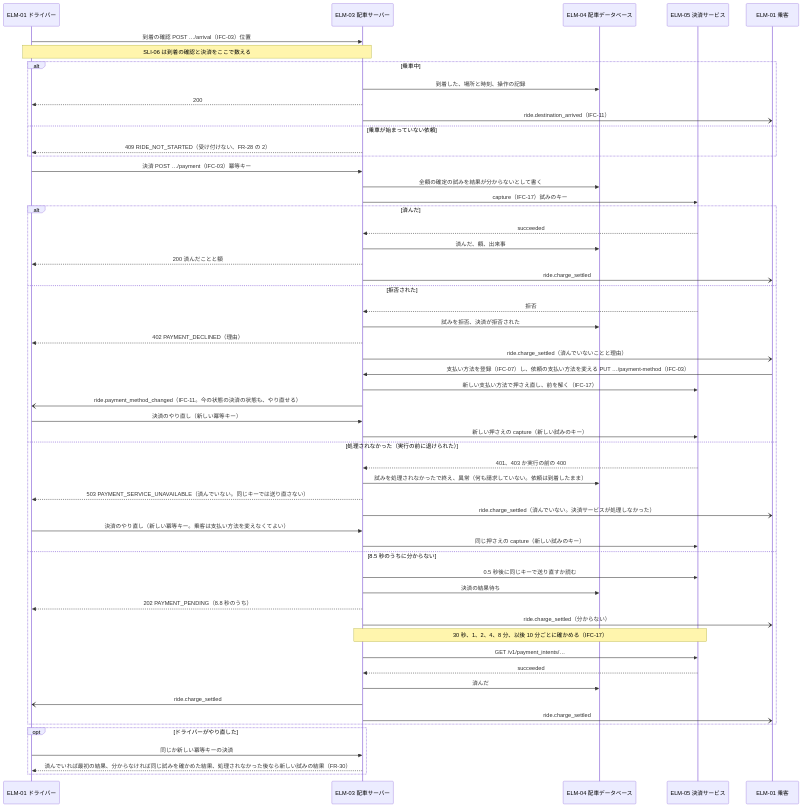
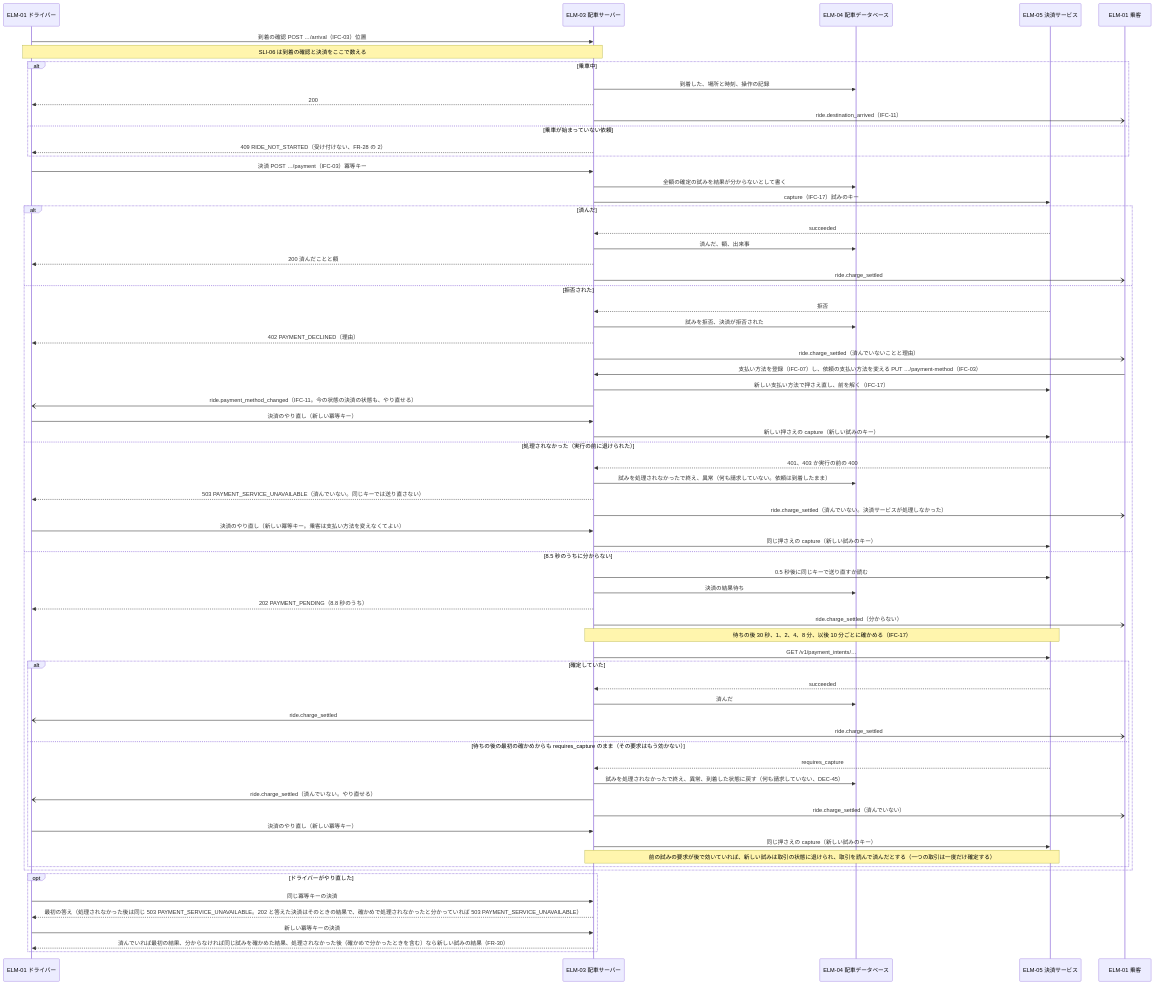
Diagram 12 of 57 in docs/design/3-high-level-design.md (Taro000/ride-hailing-app-demo), drawn with Mermaid before and after one commit. The commit also changed other lines of this file and 23 other files, not shown here.

````diff
--- a/docs/design/3-high-level-design.md
+++ b/docs/design/3-high-level-design.md
@@ -563,58 +573,70 @@
 ```mermaid
 sequenceDiagram
   participant D as ELM-01 ドライバー
   participant S as ELM-03 配車サーバー
   participant DB as ELM-04 配車データベース
   participant PAY as ELM-05 決済サービス
   participant P as ELM-01 乗客
   D->>S: 到着の確認 POST …/arrival（IFC-03）位置
   Note over D,S: SLI-06 は到着の確認と決済をここで数える
   alt 乗車中
     S->>DB: 到着した、場所と時刻、操作の記録
     S-->>D: 200
     S-)P: ride.destination_arrived（IFC-11）
   else 乗車が始まっていない依頼
     S-->>D: 409 RIDE_NOT_STARTED（受け付けない、FR-28 の 2）
   end
   D->>S: 決済 POST …/payment（IFC-03）冪等キー
   S->>DB: 全額の確定の試みを結果が分からないとして書く
   S->>PAY: capture（IFC-17）試みのキー
   alt 済んだ
     PAY-->>S: succeeded
     S->>DB: 済んだ、額、出来事
     S-->>D: 200 済んだことと額
     S-)P: ride.charge_settled
   else 拒否された
     PAY-->>S: 拒否
     S->>DB: 試みを拒否、決済が拒否された
     S-->>D: 402 PAYMENT_DECLINED（理由）
     S-)P: ride.charge_settled（済んでいないことと理由）
     P->>S: 支払い方法を登録（IFC-07）し、依頼の支払い方法を変える PUT …/payment-method（IFC-03）
     S->>PAY: 新しい支払い方法で押さえ直し、前を解く（IFC-17）
     S-)D: ride.payment_method_changed（IFC-11。今の状態の決済の状態も、やり直せる）
     D->>S: 決済のやり直し（新しい冪等キー）
     S->>PAY: 新しい押さえの capture（新しい試みのキー）
   else 処理されなかった（実行の前に退けられた）
     PAY-->>S: 401、403 か実行の前の 400
     S->>DB: 試みを処理されなかったで終え、異常（何も請求していない。依頼は到着したまま）
     S-->>D: 503 PAYMENT_SERVICE_UNAVAILABLE（済んでいない。同じキーでは送り直さない）
     S-)P: ride.charge_settled（済んでいない。決済サービスが処理しなかった）
     D->>S: 決済のやり直し（新しい冪等キー。乗客は支払い方法を変えなくてよい）
     S->>PAY: 同じ押さえの capture（新しい試みのキー）
   else 8.5 秒のうちに分からない
     S->>PAY: 0.5 秒後に同じキーで送り直すか読む
     S->>DB: 決済の結果待ち
     S-->>D: 202 PAYMENT_PENDING（8.8 秒のうち）
     S-)P: ride.charge_settled（分からない）
-    Note over S,PAY: 30 秒、1、2、4、8 分、以後 10 分ごとに確かめる（IFC-17）
+    Note over S,PAY: 待ちの後 30 秒、1、2、4、8 分、以後 10 分ごとに確かめる（IFC-17）
     S->>PAY: GET /v1/payment_intents/…
-    PAY-->>S: succeeded
-    S->>DB: 済んだ
-    S-)D: ride.charge_settled
-    S-)P: ride.charge_settled
+    alt 確定していた
+      PAY-->>S: succeeded
+      S->>DB: 済んだ
+      S-)D: ride.charge_settled
+      S-)P: ride.charge_settled
+    else 待ちの後の最初の確かめからも requires_capture のまま（その要求はもう効かない）
+      PAY-->>S: requires_capture
+      S->>DB: 試みを処理されなかったで終え、異常、到着した状態に戻す（何も請求していない、DEC-45）
+      S-)D: ride.charge_settled（済んでいない。やり直せる）
+      S-)P: ride.charge_settled（済んでいない）
+      D->>S: 決済のやり直し（新しい冪等キー）
+      S->>PAY: 同じ押さえの capture（新しい試みのキー）
+      Note over S,PAY: 前の試みの要求が後で効いていれば、新しい試みは取引の状態に退けられ、取引を読んで済んだとする（一つの取引は一度だけ確定する）
+    end
   end
   opt ドライバーがやり直した
-    D->>S: 同じか新しい冪等キーの決済
-    S-->>D: 済んでいれば最初の結果、分からなければ同じ試みを確かめた結果、処理されなかった後なら新しい試みの結果（FR-30）
+    D->>S: 同じ冪等キーの決済
+    S-->>D: 最初の答え（処理されなかった後は同じ 503 PAYMENT_SERVICE_UNAVAILABLE。202 と答えた決済はそのときの結果で、確かめで処理されなかったと分かっていれば 503 PAYMENT_SERVICE_UNAVAILABLE）
+    D->>S: 新しい冪等キーの決済
+    S-->>D: 済んでいれば最初の結果、分からなければ同じ試みを確かめた結果、処理されなかった後（確かめで分かったときを含む）なら新しい試みの結果（FR-30）
   end
 ```
````
